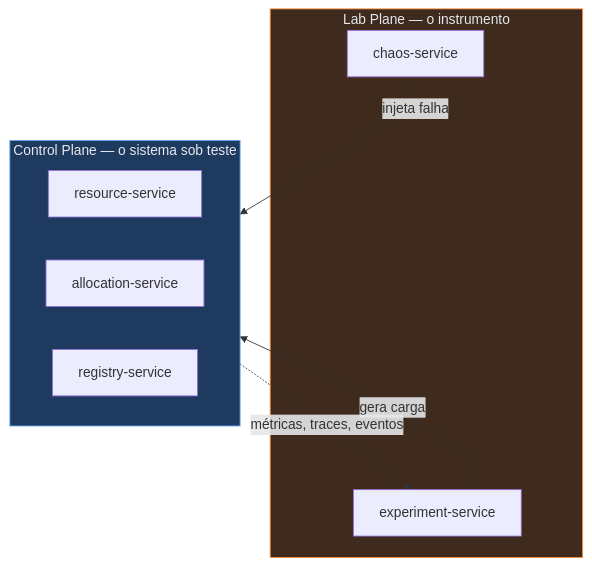
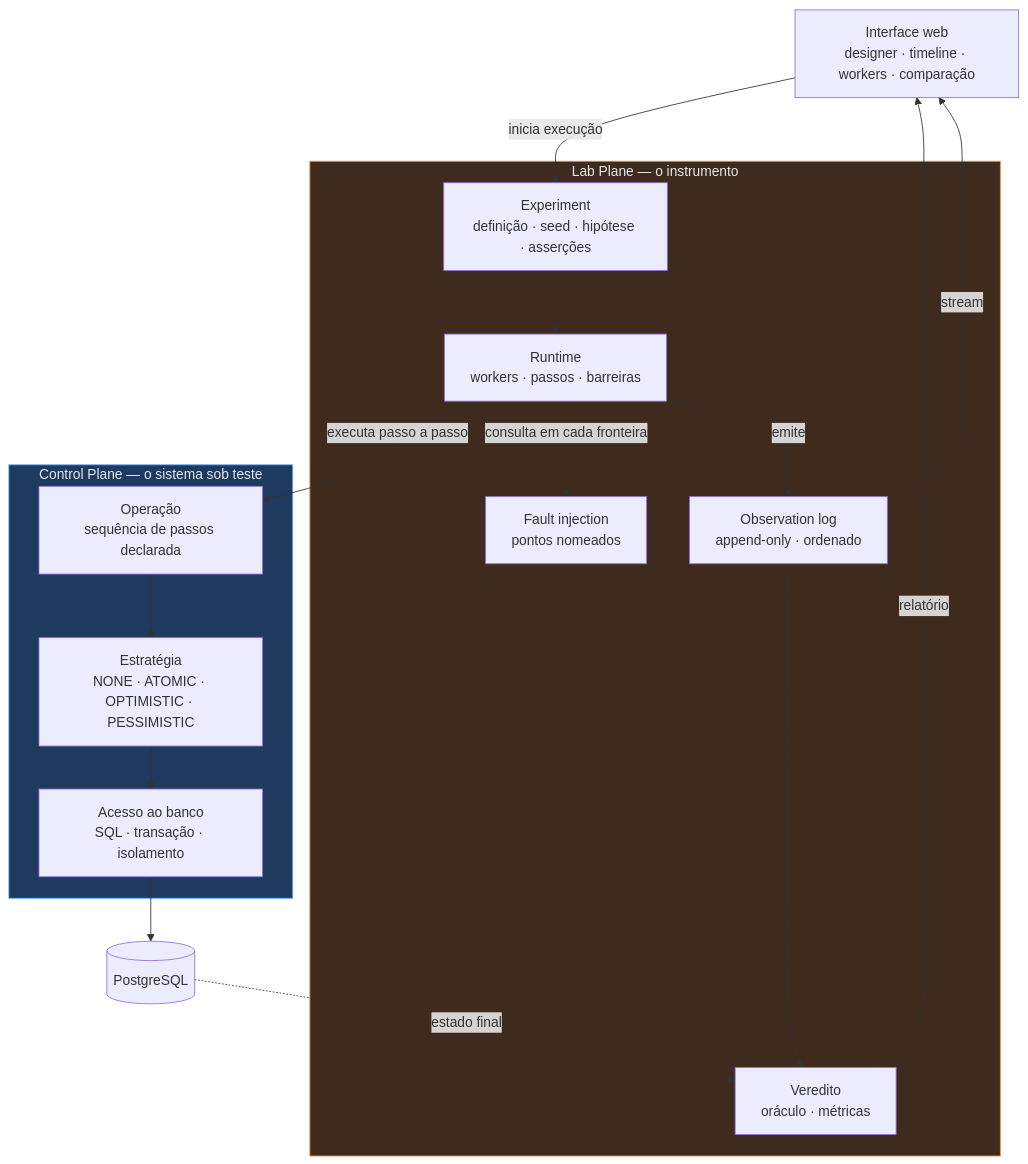
One commit to da0hn/distributed-systems-experiment-lab changed the diagram in README.md. Above: the diagram before and after it, drawn with Mermaid. The commit also changed other lines of this file and 3 other files, not shown here.

````diff
--- a/README.md
+++ b/README.md
@@ -49,19 +75,34 @@
 ```mermaid
 flowchart TB
+    UI["Interface web<br/>designer · timeline · workers · comparação"]
+
     subgraph LAB["Lab Plane — o instrumento"]
-        EXP[experiment-service]
-        CHA[chaos-service]
+        DEF["Experiment<br/>definição · seed · hipótese · asserções"]
+        RUN["Runtime<br/>workers · passos · barreiras"]
+        FI["Fault injection<br/>pontos nomeados"]
+        OBS["Observation log<br/>append-only · ordenado"]
+        VER["Veredito<br/>oráculo · métricas"]
     end
 
-    subgraph CTL["Control Plane — o sistema sob teste"]
-        RES[resource-service]
-        ALO[allocation-service]
-        REG[registry-service]
+    subgraph SUT["Control Plane — o sistema sob teste"]
+        OPD["Operação<br/>sequência de passos declarada"]
+        STR["Estratégia<br/>NONE · ATOMIC · OPTIMISTIC · PESSIMISTIC"]
+        REP["Acesso ao banco<br/>SQL · transação · isolamento"]
     end
 
-    EXP -->|gera carga| CTL
-    CHA -->|injeta falha| CTL
-    CTL -.->|métricas, traces, eventos| EXP
+    PG[("PostgreSQL")]
+    UI -->|inicia execução| DEF
+    DEF --> RUN
+    RUN -->|executa passo a passo| OPD
+    OPD --> STR
+    STR --> REP
+    REP --> PG
+    RUN -.->|consulta em cada fronteira| FI
+    RUN -->|emite| OBS
+    OBS -->|stream| UI
+    OBS --> VER
+    PG -.->|estado final| VER
+    VER -->|relatório| UI
     style LAB fill: #3f2a1e, stroke: #fb923c, color: #e5e7eb
-    style CTL fill: #1e3a5f, stroke: #60a5fa, color: #e5e7eb
+    style SUT fill: #1e3a5f, stroke: #60a5fa, color: #e5e7eb
 ```
````
